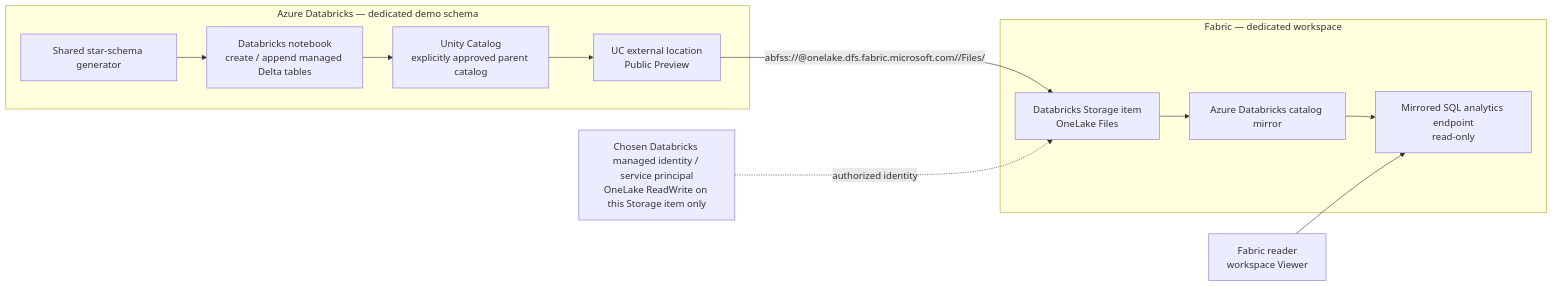
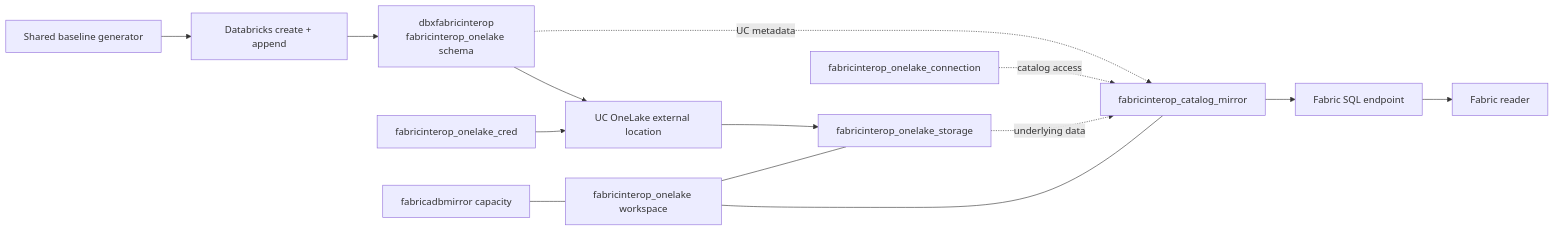
One commit to kuby49/databricks_fabric_interop_demos changed the diagram in demos/one-lake/architecture.mmd. Above: the diagram before and after it, drawn with Mermaid. The commit also changed 19 other files, not shown here.

```diff
--- a/demos/one-lake/architecture.mmd
+++ b/demos/one-lake/architecture.mmd
@@ -1,21 +1,22 @@
 flowchart LR
-    subgraph DBX["Azure Databricks — dedicated demo schema"]
-        GEN["Shared star-schema generator"]
-        NOTE["Databricks notebook<br/>create / append managed Delta tables"]
-        UC["Unity Catalog<br/>explicitly approved parent catalog"]
-        EXT["UC external location<br/>Public Preview"]
-        NOTE --> UC
-        UC --> EXT
-    end
-
-    subgraph FAB["Fabric — dedicated workspace"]
-        ST["Databricks Storage item<br/>OneLake Files"]
-        MIRROR["Azure Databricks catalog mirror"]
-        SQL["Mirrored SQL analytics endpoint<br/>read-only"]
-        ST --> MIRROR --> SQL
-    end
-
-    GEN --> NOTE
-    EXT -->|"abfss://<WorkspaceID>@onelake.dfs.fabric.microsoft.com/<DatabricksStorageID>/Files/"| ST
-    ID["Chosen Databricks managed identity / service principal<br/>OneLake ReadWrite on this Storage item only"] -. "authorized identity" .-> ST
-    FABUSER["Fabric reader<br/>workspace Viewer"] --> SQL
+  GEN["Shared baseline generator"]
+  NOTE["Databricks create + append"]
+  SCHEMA["dbxfabricinterop<br/>fabricinterop_onelake schema"]
+  CRED["fabricinterop_onelake_cred"]
+  LOC["UC OneLake external location"]
+  ITEM["fabricinterop_onelake_storage"]
+  CONN["fabricinterop_onelake_connection"]
+  MIRROR["fabricinterop_catalog_mirror"]
+  SQL["Fabric SQL endpoint"]
+  READER["Fabric reader"]
+  WS["fabricinterop_onelake workspace"]
+  CAP["fabricadbmirror capacity"]
+  GEN --> NOTE --> SCHEMA --> LOC --> ITEM
+  CRED --> LOC
+  SCHEMA -. "UC metadata" .-> MIRROR
+  CONN -. "catalog access" .-> MIRROR
+  ITEM -. "underlying data" .-> MIRROR
+  MIRROR --> SQL --> READER
+  WS --- ITEM
+  WS --- MIRROR
+  CAP --- WS
```
